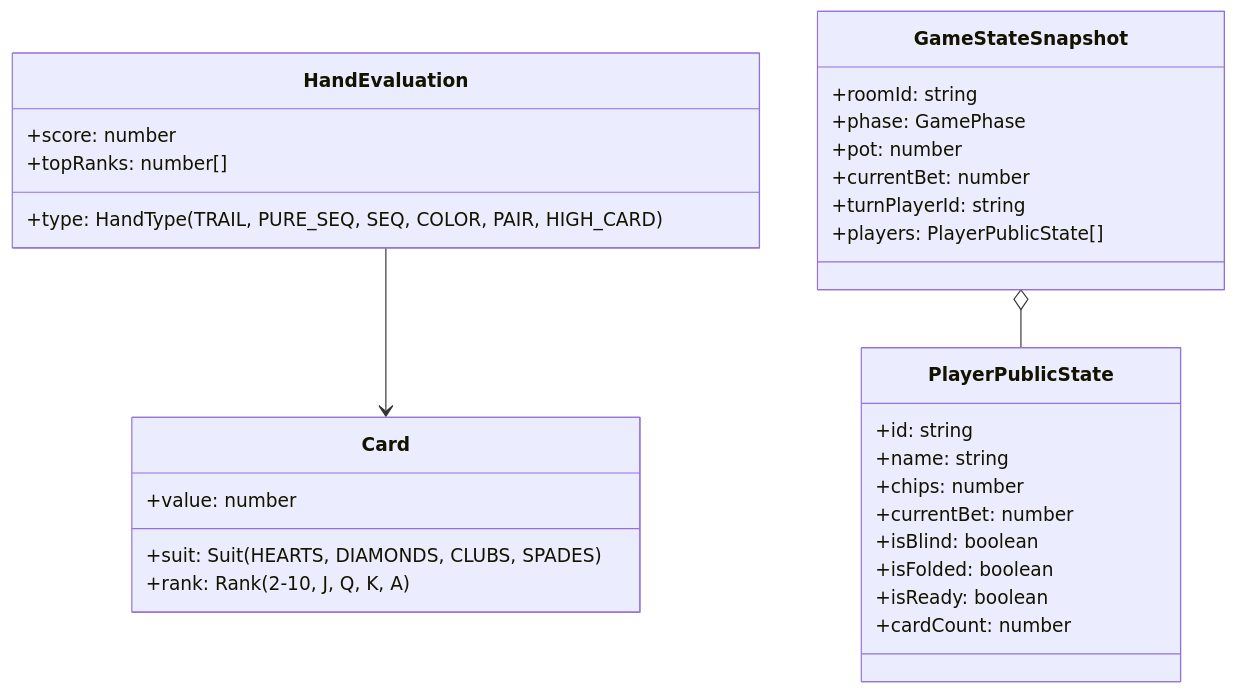
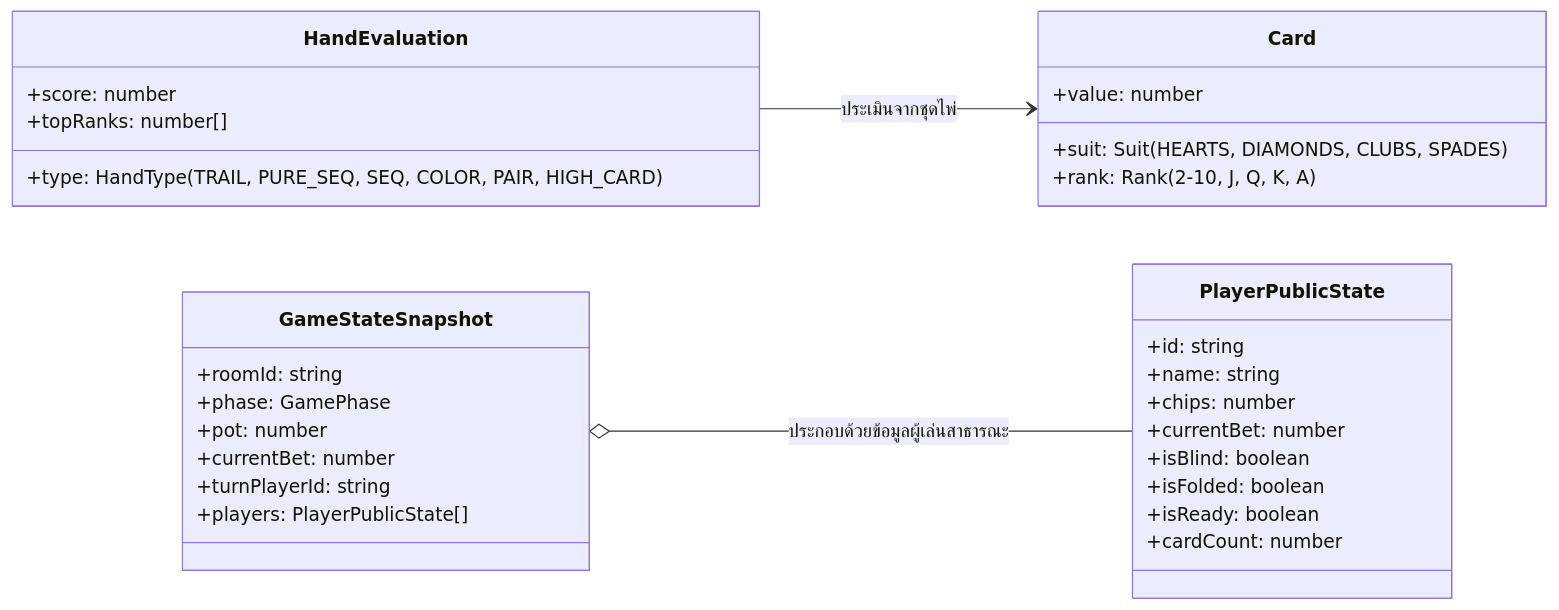
One commit to PhaBie/Indian-Poker-Online-Console-Game- changed the second of 2 diagrams in 03-Documentation/docs/class_diagrams.md. Above: the diagram before and after it, drawn with Mermaid. The commit also changed other lines of this file, not shown here.

Commit message:
docs: เพิ่มคำอธิบายหน้าที่ของคลาสและความสัมพันธ์เชิงสถาปัตยกรรมใน class_diagrams.md

````diff
--- a/03-Documentation/docs/class_diagrams.md
+++ b/03-Documentation/docs/class_diagrams.md
@@ -83,37 +107,39 @@
 ```mermaid
 classDiagram
+    direction LR
+
     class Card {
         +suit: Suit (HEARTS, DIAMONDS, CLUBS, SPADES)
         +rank: Rank (2-10, J, Q, K, A)
         +value: number
     }
 
     class HandEvaluation {
         +type: HandType (TRAIL, PURE_SEQ, SEQ, COLOR, PAIR, HIGH_CARD)
         +score: number
         +topRanks: number[]
     }
 
     class PlayerPublicState {
         +id: string
         +name: string
         +chips: number
         +currentBet: number
         +isBlind: boolean
         +isFolded: boolean
         +isReady: boolean
         +cardCount: number
     }
 
     class GameStateSnapshot {
         +roomId: string
         +phase: GamePhase
         +pot: number
         +currentBet: number
         +turnPlayerId: string
         +players: PlayerPublicState[]
     }
 
-    GameStateSnapshot o-- PlayerPublicState
-    HandEvaluation --> Card
+    GameStateSnapshot o-- PlayerPublicState : ประกอบด้วยข้อมูลผู้เล่นสาธารณะ
+    HandEvaluation --> Card : ประเมินจากชุดไพ่
 ```
````
